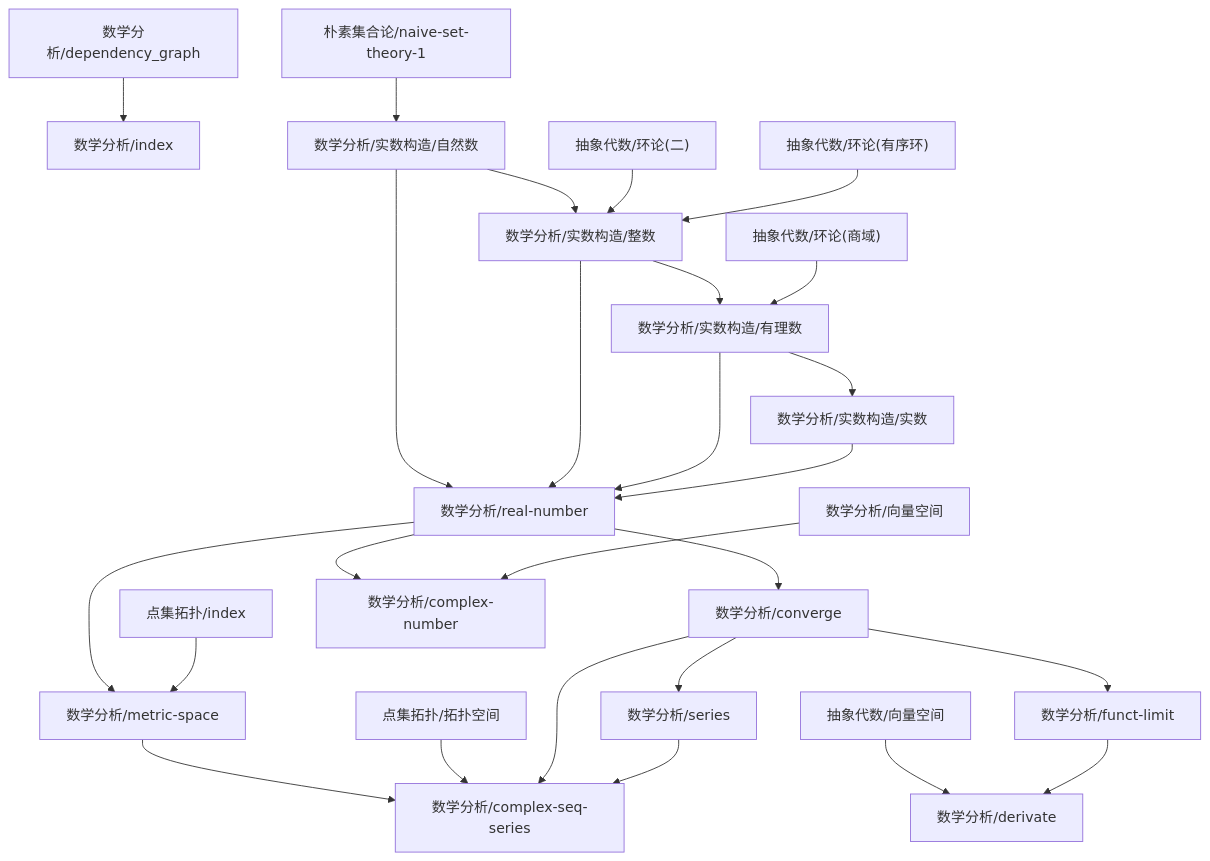
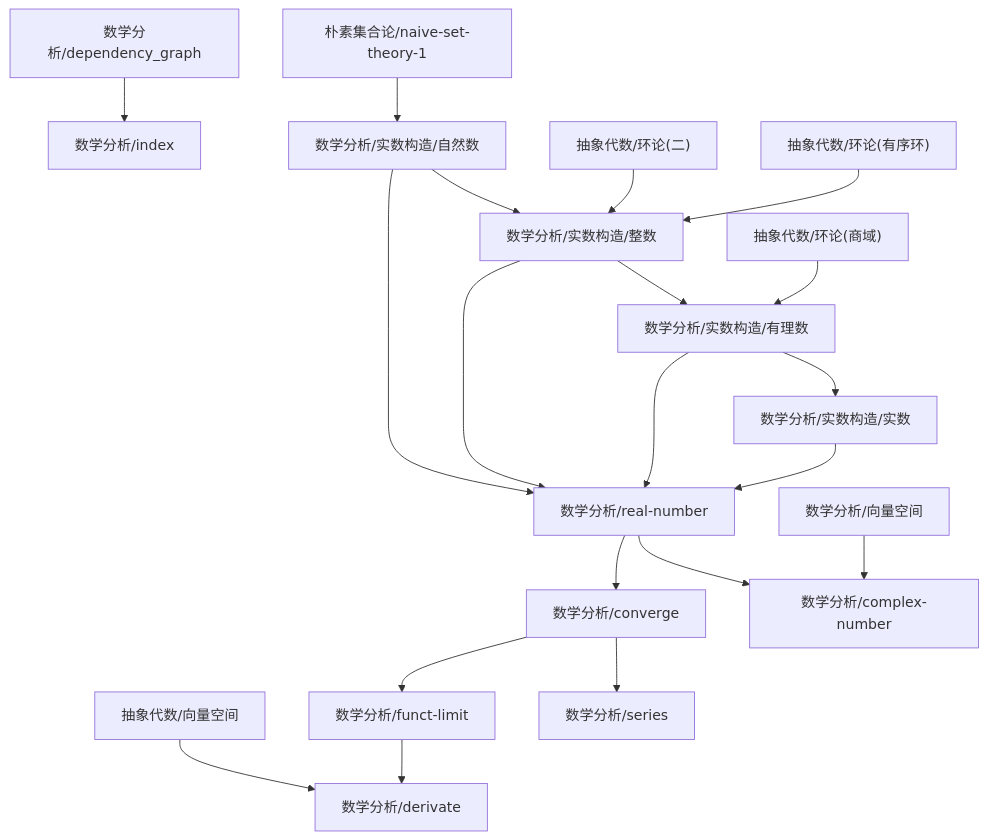
One commit to zeroDtree/zeroDtree.github.io changed the diagram in content/数学分析/dependency_graph.md. Above: the diagram before and after it, drawn with Mermaid. The commit also changed 7 other files, not shown here.

````diff
--- a/content/数学分析/dependency_graph.md
+++ b/content/数学分析/dependency_graph.md
@@ -1,28 +1,22 @@
 ```mermaid
 graph TD
-1["数学分析/real-number"] --> 0["数学分析/metric-space"]
-2["点集拓扑/index"] --> 0["数学分析/metric-space"]
-0["数学分析/metric-space"] --> 3["数学分析/complex-seq-series"]
-4["点集拓扑/拓扑空间"] --> 3["数学分析/complex-seq-series"]
-5["数学分析/converge"] --> 3["数学分析/complex-seq-series"]
-6["数学分析/series"] --> 3["数学分析/complex-seq-series"]
-8["抽象代数/向量空间"] --> 7["数学分析/derivate"]
-9["数学分析/funct-limit"] --> 7["数学分析/derivate"]
-1["数学分析/real-number"] --> 5["数学分析/converge"]
-11["数学分析/dependency_graph"] --> 10["数学分析/index"]
-5["数学分析/converge"] --> 9["数学分析/funct-limit"]
-1["数学分析/real-number"] --> 12["数学分析/complex-number"]
-13["数学分析/向量空间"] --> 12["数学分析/complex-number"]
-5["数学分析/converge"] --> 6["数学分析/series"]
-14["数学分析/实数构造/自然数"] --> 1["数学分析/real-number"]
-15["数学分析/实数构造/整数"] --> 1["数学分析/real-number"]
-16["数学分析/实数构造/有理数"] --> 1["数学分析/real-number"]
-17["数学分析/实数构造/实数"] --> 1["数学分析/real-number"]
-16["数学分析/实数构造/有理数"] --> 17["数学分析/实数构造/实数"]
-15["数学分析/实数构造/整数"] --> 16["数学分析/实数构造/有理数"]
-18["抽象代数/环论(商域)"] --> 16["数学分析/实数构造/有理数"]
-19["朴素集合论/naive-set-theory-1"] --> 14["数学分析/实数构造/自然数"]
-14["数学分析/实数构造/自然数"] --> 15["数学分析/实数构造/整数"]
-20["抽象代数/环论(二)"] --> 15["数学分析/实数构造/整数"]
-21["抽象代数/环论(有序环)"] --> 15["数学分析/实数构造/整数"]
+1["抽象代数/向量空间"] --> 0["数学分析/derivate"]
+2["数学分析/funct-limit"] --> 0["数学分析/derivate"]
+4["数学分析/real-number"] --> 3["数学分析/converge"]
+6["数学分析/dependency_graph"] --> 5["数学分析/index"]
+3["数学分析/converge"] --> 2["数学分析/funct-limit"]
+4["数学分析/real-number"] --> 7["数学分析/complex-number"]
+8["数学分析/向量空间"] --> 7["数学分析/complex-number"]
+3["数学分析/converge"] --> 9["数学分析/series"]
+10["数学分析/实数构造/自然数"] --> 4["数学分析/real-number"]
+11["数学分析/实数构造/整数"] --> 4["数学分析/real-number"]
+12["数学分析/实数构造/有理数"] --> 4["数学分析/real-number"]
+13["数学分析/实数构造/实数"] --> 4["数学分析/real-number"]
+12["数学分析/实数构造/有理数"] --> 13["数学分析/实数构造/实数"]
+11["数学分析/实数构造/整数"] --> 12["数学分析/实数构造/有理数"]
+14["抽象代数/环论(商域)"] --> 12["数学分析/实数构造/有理数"]
+15["朴素集合论/naive-set-theory-1"] --> 10["数学分析/实数构造/自然数"]
+10["数学分析/实数构造/自然数"] --> 11["数学分析/实数构造/整数"]
+16["抽象代数/环论(二)"] --> 11["数学分析/实数构造/整数"]
+17["抽象代数/环论(有序环)"] --> 11["数学分析/实数构造/整数"]
 ```
````
